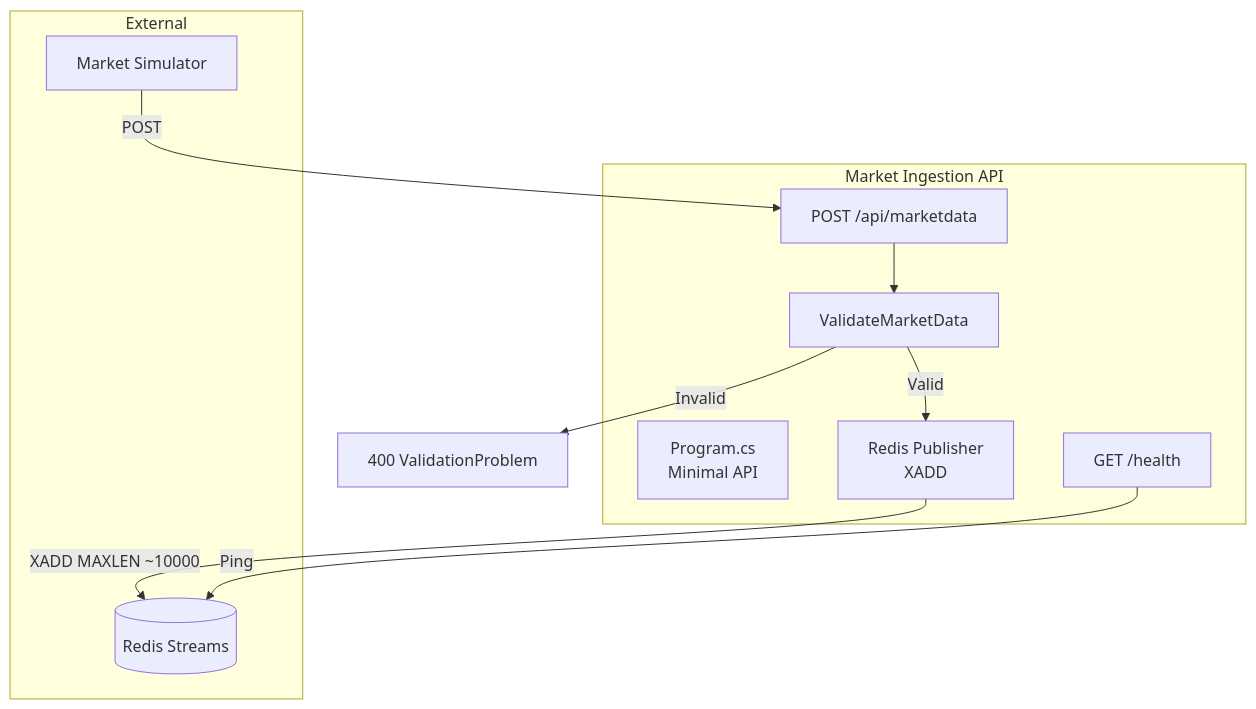
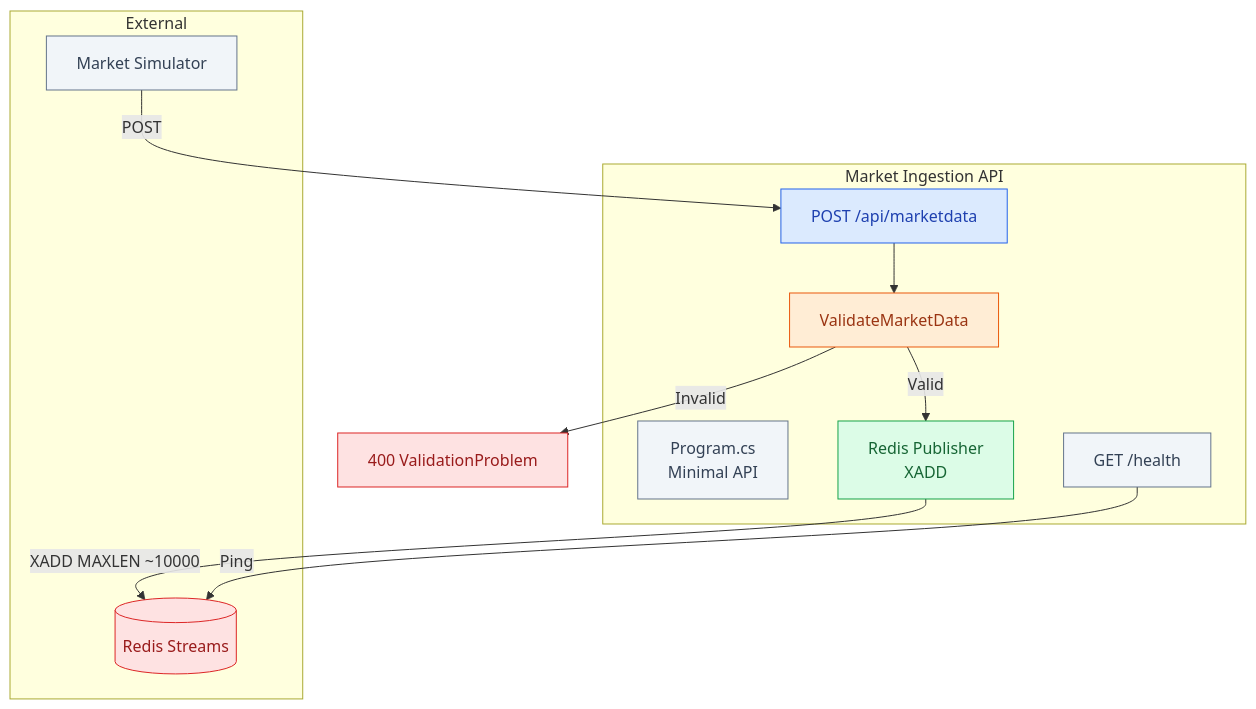
One commit to raj-champion-trader/rajchampaneriya.github.io changed the fourth of 10 diagrams in hugo-site/content/projects/stock-market-simulator/index.md. Above: the diagram before and after it, drawn with Mermaid. The commit also changed other lines of this file and 5 other files, not shown here.

First line of the commit message:
Enhance Mermaid Diagrams with Semantic Color Classes and Dark Mode Support

````diff
--- a/hugo-site/content/projects/stock-market-simulator/index.md
+++ b/hugo-site/content/projects/stock-market-simulator/index.md
@@ -147,22 +161,28 @@
 ```mermaid
 flowchart TB
+    classDef primary fill:#dbeafe,stroke:#2563eb,color:#1e40af
+    classDef secondary fill:#dcfce7,stroke:#16a34a,color:#166534
+    classDef accent fill:#ffedd5,stroke:#ea580c,color:#9a3412
+    classDef danger fill:#fee2e2,stroke:#dc2626,color:#991b1b
+    classDef neutral fill:#f1f5f9,stroke:#64748b,color:#334155
+
     subgraph IngestionAPIService["Market Ingestion API"]
-        Program["Program.cs<br/>Minimal API"]
-        MarketDataEndpoint["POST /api/marketdata"]
-        HealthEndpoint["GET /health"]
-        Validation["ValidateMarketData"]
-        RedisPublisher["Redis Publisher<br/>XADD"]
+        Program["Program.cs<br/>Minimal API"]:::neutral
+        MarketDataEndpoint["POST /api/marketdata"]:::primary
+        HealthEndpoint["GET /health"]:::neutral
+        Validation["ValidateMarketData"]:::accent
+        RedisPublisher["Redis Publisher<br/>XADD"]:::secondary
     end
 
     subgraph External["External"]
-        Redis[("Redis Streams")]
-        Simulator["Market Simulator"]
+        Redis[("Redis Streams")]:::danger
+        Simulator["Market Simulator"]:::neutral
     end
 
-    Simulator -->|POST| MarketDataEndpoint
+    Simulator -->|"POST"| MarketDataEndpoint
     MarketDataEndpoint --> Validation
-    Validation -->|Valid| RedisPublisher
-    Validation -->|Invalid| Error["400 ValidationProblem"]
-    RedisPublisher -->|XADD MAXLEN ~10000| Redis
-    HealthEndpoint -->|Ping| Redis
+    Validation -->|"Valid"| RedisPublisher
+    Validation -->|"Invalid"| Error["400 ValidationProblem"]:::danger
+    RedisPublisher -->|"XADD MAXLEN ~10000"| Redis
+    HealthEndpoint -->|"Ping"| Redis
 ```
````
